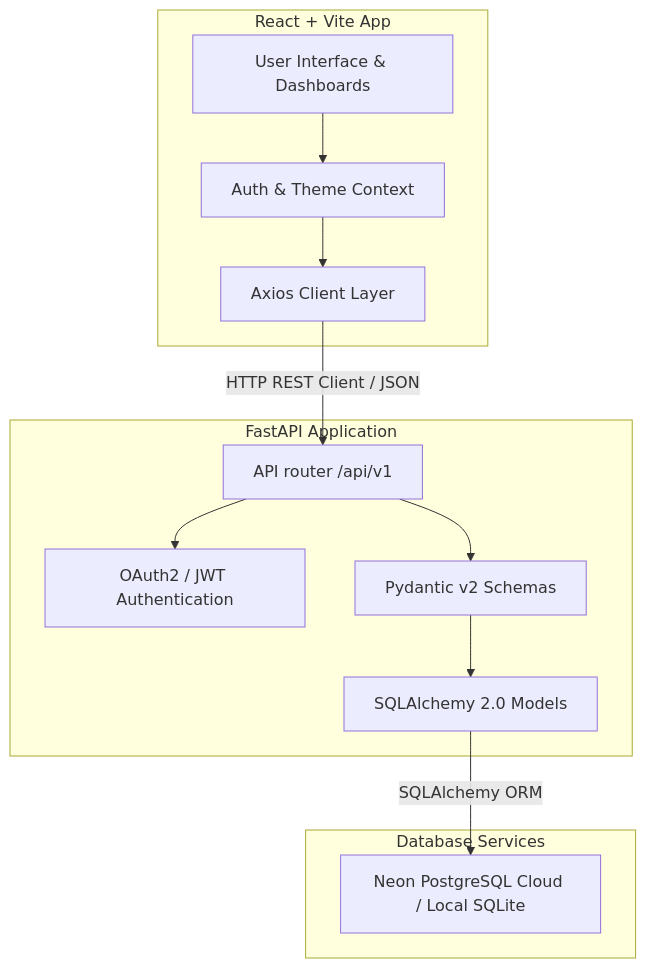
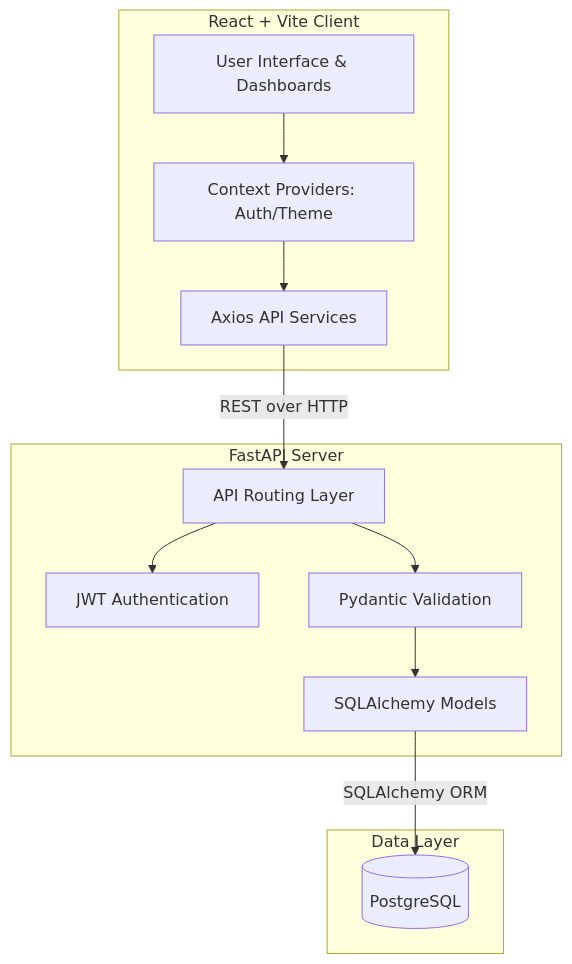
The diagram in README.md (MAK-git1/inventory-order-management-system), drawn with Mermaid before and after one commit. The commit also changed other lines of this file, not shown here.

````diff
--- a/README.md
+++ b/README.md
@@ -45,27 +42,27 @@
 ```mermaid
 graph TD
-    subgraph Frontend [React + Vite App]
+    subgraph Frontend [React + Vite Client]
         UI[User Interface & Dashboards]
-        State[Auth & Theme Context]
-        API_Client[Axios Client Layer]
+        State[Context Providers: Auth/Theme]
+        API_Client[Axios API Services]
     end
 
-    subgraph Backend [FastAPI Application]
-        Router[API router /api/v1]
-        Auth[OAuth2 / JWT Authentication]
-        Schemas[Pydantic v2 Schemas]
-        Models[SQLAlchemy 2.0 Models]
+    subgraph Backend [FastAPI Server]
+        Router[API Routing Layer]
+        Auth[JWT Authentication]
+        Schemas[Pydantic Validation]
+        Models[SQLAlchemy Models]
     end
 
-    subgraph Database [Database Services]
-        Neon[Neon PostgreSQL Cloud / Local SQLite]
+    subgraph Infrastructure [Data Layer]
+        DB[(PostgreSQL)]
     end
 
     UI --> State
     State --> API_Client
-    API_Client -->|HTTP REST Client / JSON| Router
+    API_Client -->|REST over HTTP| Router
     Router --> Auth
     Router --> Schemas
     Schemas --> Models
-    Models -->|SQLAlchemy ORM| Neon
+    Models -->|SQLAlchemy ORM| DB
 ```
````
